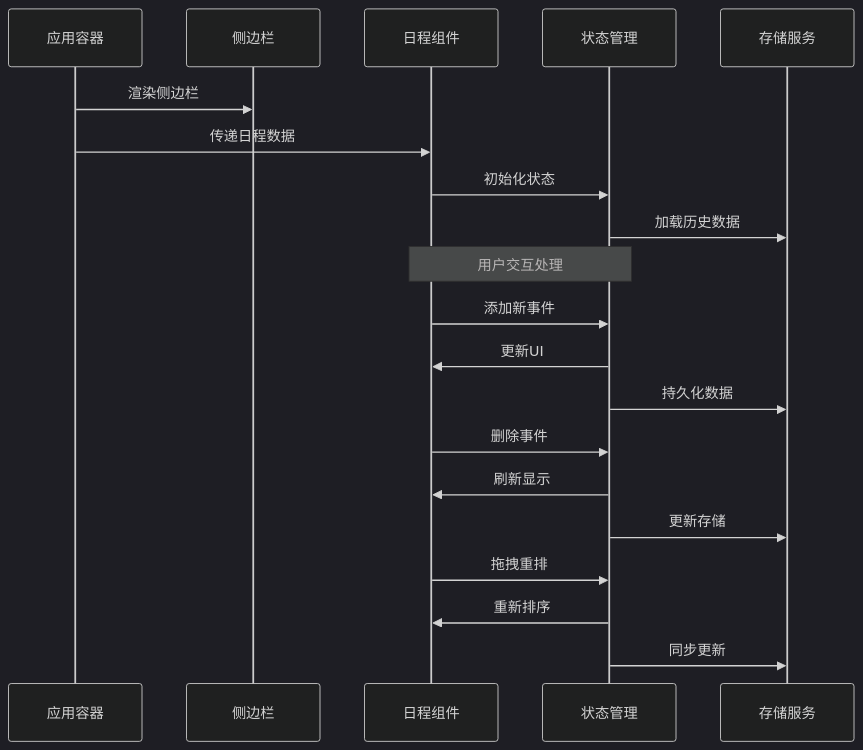
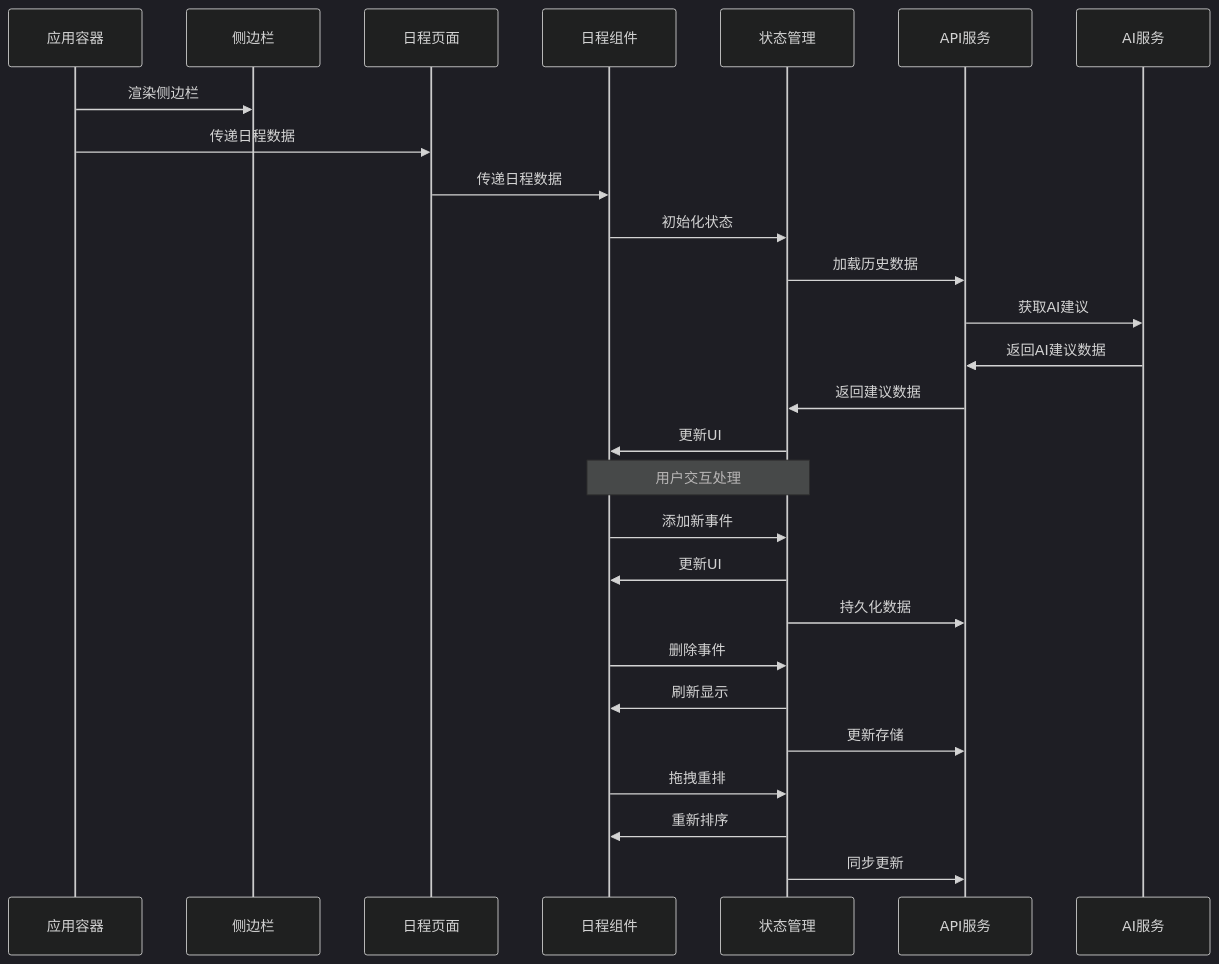
The fourth of 12 diagrams in .qoder/repowiki/zh/content/API参考/DailySchedule 日程管理组件.md (xianjianshenqu/SalesFlow-CRM), drawn with Mermaid (dark theme) before and after one commit. The commit also changed other lines of this file and 15 other files, not shown here.

````diff
--- a/.qoder/repowiki/zh/content/API参考/DailySchedule 日程管理组件.md
+++ b/.qoder/repowiki/zh/content/API参考/DailySchedule 日程管理组件.md
@@ -223,22 +292,29 @@
 ```mermaid
 sequenceDiagram
 participant App as 应用容器
 participant Sidebar as 侧边栏
+participant SchedulePage as 日程页面
 participant DailySchedule as 日程组件
 participant State as 状态管理
-participant Storage as 存储服务
+participant API as API服务
+participant AIService as AI服务
 App->>Sidebar : 渲染侧边栏
-App->>DailySchedule : 传递日程数据
+App->>SchedulePage : 传递日程数据
+SchedulePage->>DailySchedule : 传递日程数据
 DailySchedule->>State : 初始化状态
-State->>Storage : 加载历史数据
+State->>API : 加载历史数据
+API->>AIService : 获取AI建议
+AIService->>API : 返回AI建议数据
+API->>State : 返回建议数据
+State->>DailySchedule : 更新UI
 Note over DailySchedule,State : 用户交互处理
 DailySchedule->>State : 添加新事件
 State->>DailySchedule : 更新UI
-State->>Storage : 持久化数据
+State->>API : 持久化数据
 DailySchedule->>State : 删除事件
 State->>DailySchedule : 刷新显示
-State->>Storage : 更新存储
+State->>API : 更新存储
 DailySchedule->>State : 拖拽重排
 State->>DailySchedule : 重新排序
-State->>Storage : 同步更新
+State->>API : 同步更新
 ```
````
